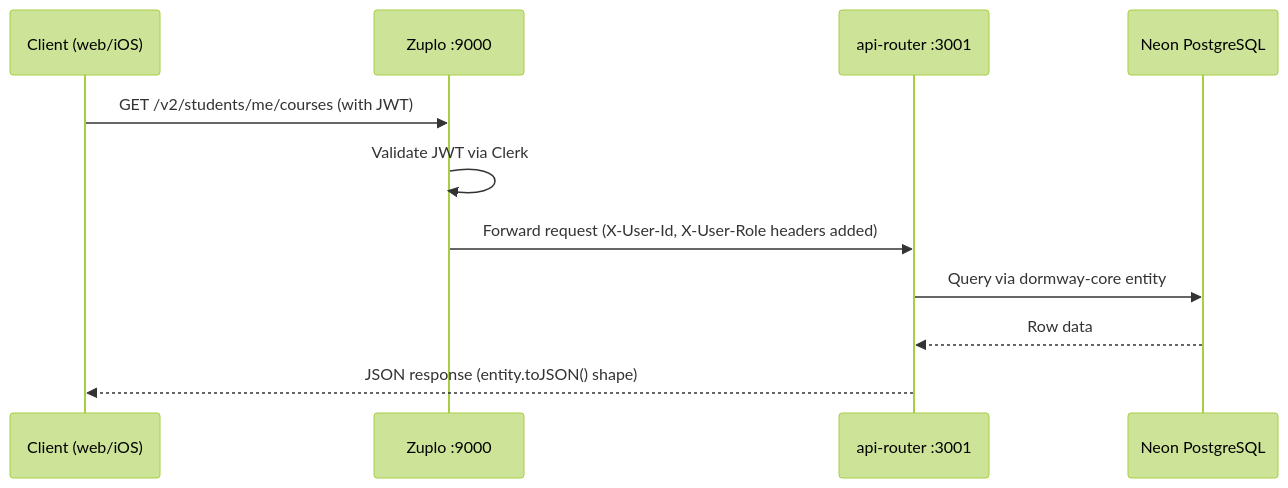
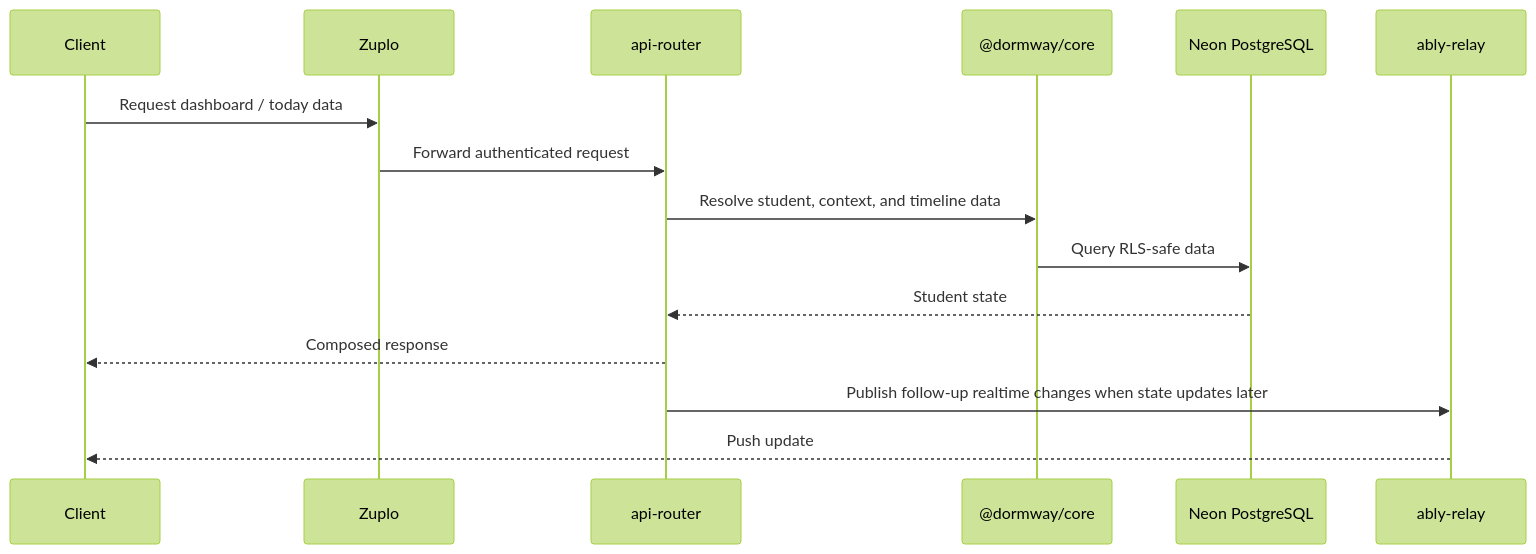
The second of 3 diagrams in docs/overview/platform-architecture.mdx (DormWay/mintlify-docs), drawn with Mermaid (forest theme) before and after one commit. The commit also changed other lines of this file and 109 other files, not shown here.

Commit message:
Refresh Mintlify docs and add overview diagrams

````diff
--- a/docs/overview/platform-architecture.mdx
+++ b/docs/overview/platform-architecture.mdx
@@ -140,14 +171,18 @@
 ```mermaid
 sequenceDiagram
-    participant C as Client (web/iOS)
-    participant Z as Zuplo :9000
-    participant A as api-router :3001
+    participant C as Client
+    participant Z as Zuplo
+    participant A as api-router
+    participant CORE as @dormway/core
     participant DB as Neon PostgreSQL
+    participant R as ably-relay
 
-    C->>Z: GET /v2/students/me/courses (with JWT)
-    Z->>Z: Validate JWT via Clerk
-    Z->>A: Forward request (X-User-Id, X-User-Role headers added)
-    A->>DB: Query via dormway-core entity
-    DB-->>A: Row data
-    A-->>C: JSON response (entity.toJSON() shape)
+    C->>Z: Request dashboard / today data
+    Z->>A: Forward authenticated request
+    A->>CORE: Resolve student, context, and timeline data
+    CORE->>DB: Query RLS-safe data
+    DB-->>A: Student state
+    A-->>C: Composed response
+    A->>R: Publish follow-up realtime changes when state updates later
+    R-->>C: Push update
 ```
````
